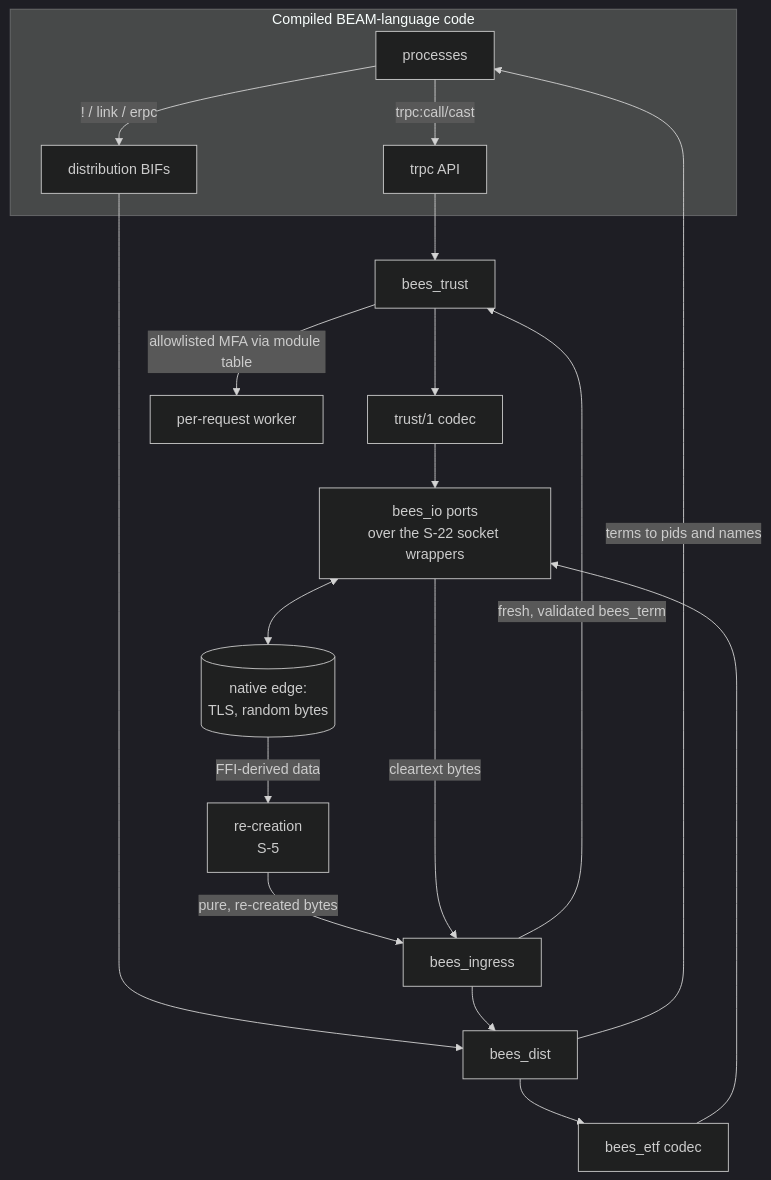
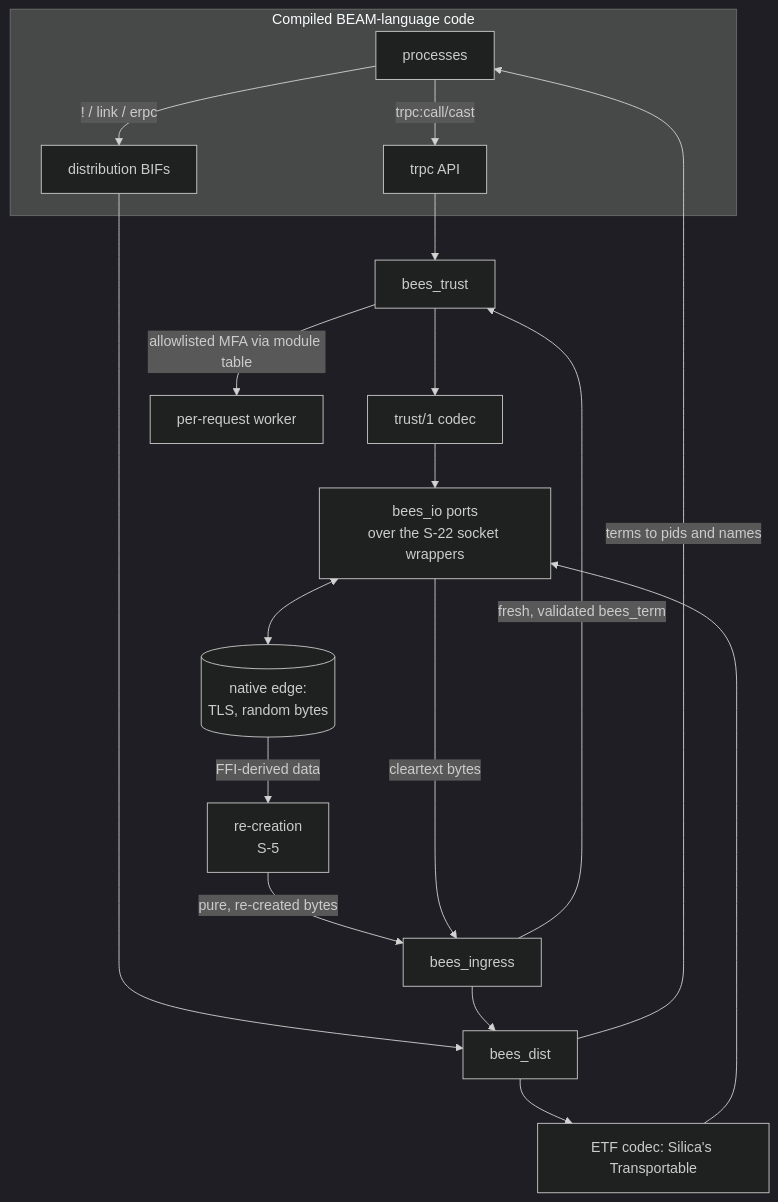
Before and after one commit to Silica-Language-and-Compiler/project-bees: the first of 2 diagrams in development-plan/inter-nodal-modes.md, drawn with Mermaid (dark theme). The commit also changed 123 other files, not shown here.

First line of the commit message:
Delete the bees_term/ETF term codec: any-type terms are the language transpiler's, not BEES's or Silica's

````diff
--- a/development-plan/inter-nodal-modes.md
+++ b/development-plan/inter-nodal-modes.md
@@ -38,21 +38,21 @@
 ```mermaid
 graph TD
   subgraph "Compiled BEAM-language code"
     APP[processes] -->|trpc:call/cast| TRPC[trpc API]
     APP -->|"! / link / erpc"| DBIF[distribution BIFs]
   end
   TRPC --> TR[bees_trust]
   DBIF --> DI[bees_dist]
   TR --> TCODEC[trust/1 codec]
-  DI --> CODEC[bees_etf codec]
+  DI --> CODEC[ETF codec: Silica's Transportable]
   TCODEC --> IO[bees_io ports<br/>over the S-22 socket wrappers]
   CODEC --> IO
   IO <--> EDGE[(native edge:<br/>TLS, random bytes)]
   EDGE -->|FFI-derived data| RC[re-creation<br/>S-5]
   RC -->|pure, re-created bytes| GATE[bees_ingress]
   IO -->|cleartext bytes| GATE
   GATE -->|fresh, validated bees_term| TR
   GATE --> DI
   TR -->|allowlisted MFA via module table| W[per-request worker]
   DI -->|terms to pids and names| APP
 ```
````
